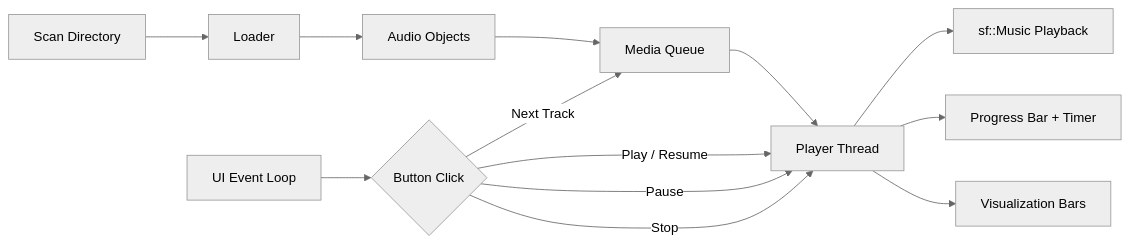
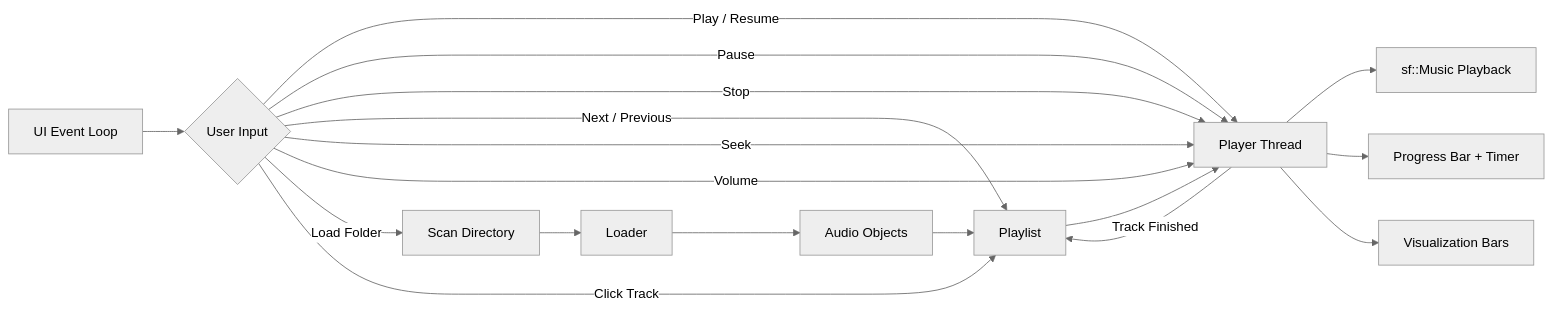
The first of 2 diagrams in README.md (hariharanragothaman/mediaPlayer), drawn with Mermaid (neutral theme) before and after one commit. The commit also changed other lines of this file and 11 other files, not shown here.

First line of the commit message:
Add Tier 1 features: seek, volume, playlist, folder browser, keyboard shortcuts

````diff
--- a/README.md
+++ b/README.md
@@ -48,17 +52,22 @@
 ```mermaid
 graph LR
     A[Scan Directory] --> B[Loader]
     B --> C[Audio Objects]
-    C --> D[Media Queue]
+    C --> D[Playlist]
     D --> E[Player Thread]
     E --> F[sf::Music Playback]
 
-    G[UI Event Loop] --> H{Button Click}
+    G[UI Event Loop] --> H{User Input}
     H -->|Play / Resume| E
     H -->|Pause| E
     H -->|Stop| E
-    H -->|Next Track| D
+    H -->|Next / Previous| D
+    H -->|Seek| E
+    H -->|Volume| E
+    H -->|Load Folder| A
+    H -->|Click Track| D
 
     E --> I[Progress Bar + Timer]
     E --> J[Visualization Bars]
+    E -->|Track Finished| D
 ```
````
